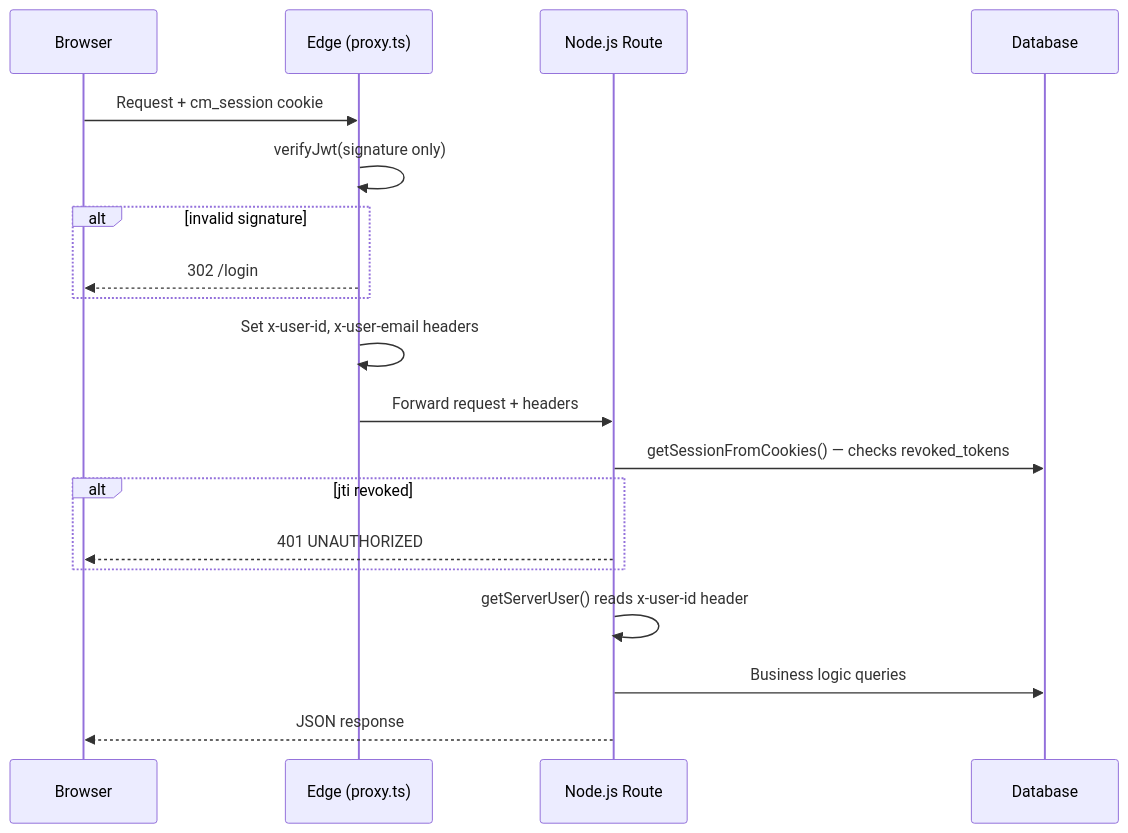
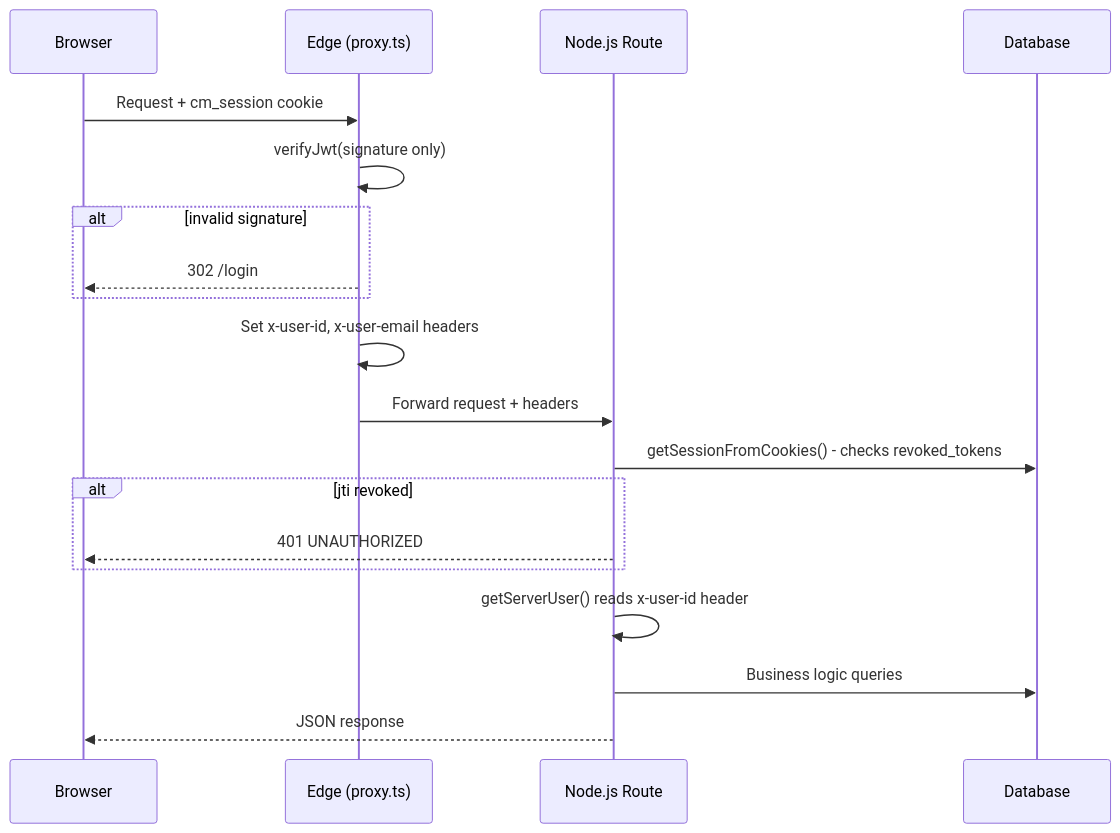
The fourth of 4 diagrams in docs/architecture/HLD.md (ksharma20/checkmark), drawn with Mermaid before and after one commit. The commit also changed other lines of this file and 75 other files, not shown here.

````diff
--- a/docs/architecture/HLD.md
+++ b/docs/architecture/HLD.md
@@ -296,22 +296,22 @@
 ```mermaid
 sequenceDiagram
   participant B as Browser
   participant E as Edge (proxy.ts)
   participant N as Node.js Route
   participant D as Database
 
   B->>E: Request + cm_session cookie
   E->>E: verifyJwt(signature only)
   alt invalid signature
     E-->>B: 302 /login
   end
   E->>E: Set x-user-id, x-user-email headers
   E->>N: Forward request + headers
-  N->>D: getSessionFromCookies() — checks revoked_tokens
+  N->>D: getSessionFromCookies() - checks revoked_tokens
   alt jti revoked
     N-->>B: 401 UNAUTHORIZED
   end
   N->>N: getServerUser() reads x-user-id header
   N->>D: Business logic queries
   N-->>B: JSON response
 ```
````
